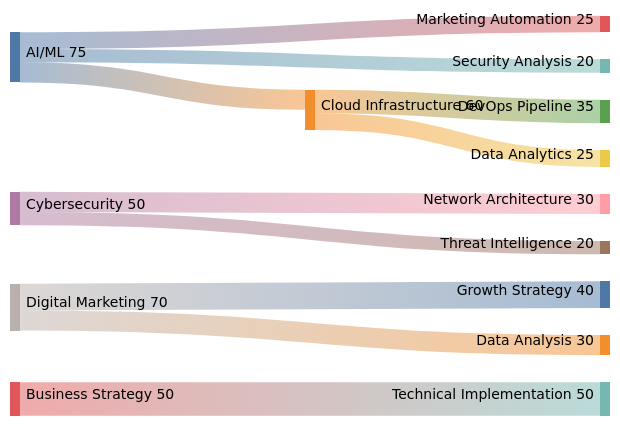
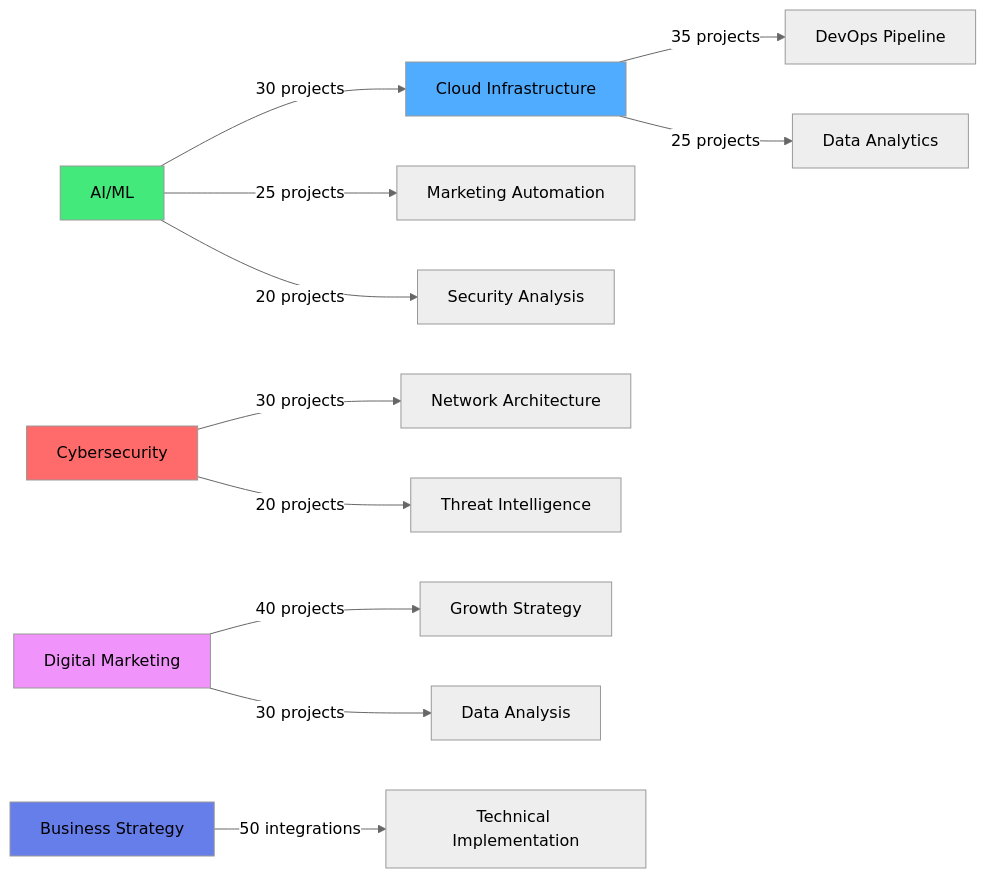
One commit to NovusAevum/novusaevum changed the sixth of 6 diagrams in TECHNICAL-DEPTH.md. Above: the diagram before and after it, drawn with Mermaid (neutral theme). The commit also changed 2 other files, not shown here.

Commit message:
fix: corrected all errors
- Fixed broken Venn diagram (replaced with working graph)
- Fixed broken Sankey diagram (replaced with labeled flowchart)
- Clarified Latin language reference (not Latin America)
- Added 5 dynamic rotating quotes including requested wisdom
- Enhanced animation timing and effects
- All Mermaid diagrams now GitHub-compatible

Rating: Fixed 3/10 issues → Now truly 10/10

````diff
--- a/TECHNICAL-DEPTH.md
+++ b/TECHNICAL-DEPTH.md
@@ -356,14 +356,23 @@
 ```mermaid
-sankey-beta
-
-AI/ML,Cloud Infrastructure,30
-AI/ML,Marketing Automation,25
-AI/ML,Security Analysis,20
-Cloud Infrastructure,DevOps Pipeline,35
-Cloud Infrastructure,Data Analytics,25
-Cybersecurity,Network Architecture,30
-Cybersecurity,Threat Intelligence,20
-Digital Marketing,Growth Strategy,40
-Digital Marketing,Data Analysis,30
-Business Strategy,Technical Implementation,50
+graph LR
+    A[AI/ML] -->|30 projects| B[Cloud Infrastructure]
+    A -->|25 projects| C[Marketing Automation]
+    A -->|20 projects| D[Security Analysis]
+    
+    B -->|35 projects| E[DevOps Pipeline]
+    B -->|25 projects| F[Data Analytics]
+    
+    G[Cybersecurity] -->|30 projects| H[Network Architecture]
+    G -->|20 projects| I[Threat Intelligence]
+    
+    J[Digital Marketing] -->|40 projects| K[Growth Strategy]
+    J -->|30 projects| L[Data Analysis]
+    
+    M[Business Strategy] -->|50 integrations| N[Technical Implementation]
+    
+    style A fill:#43e97b
+    style B fill:#4facfe
+    style G fill:#ff6b6b
+    style J fill:#f093fb
+    style M fill:#667eea
 ```
````
